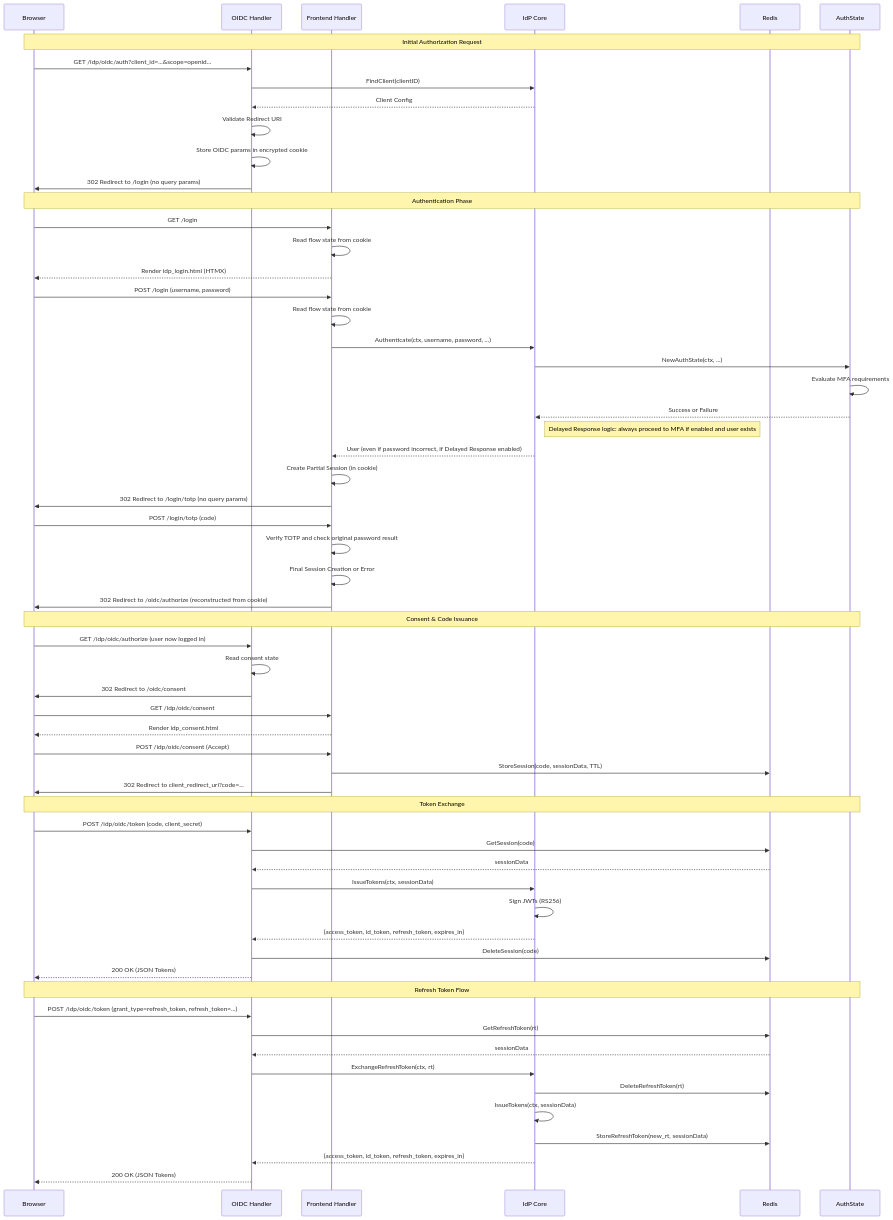
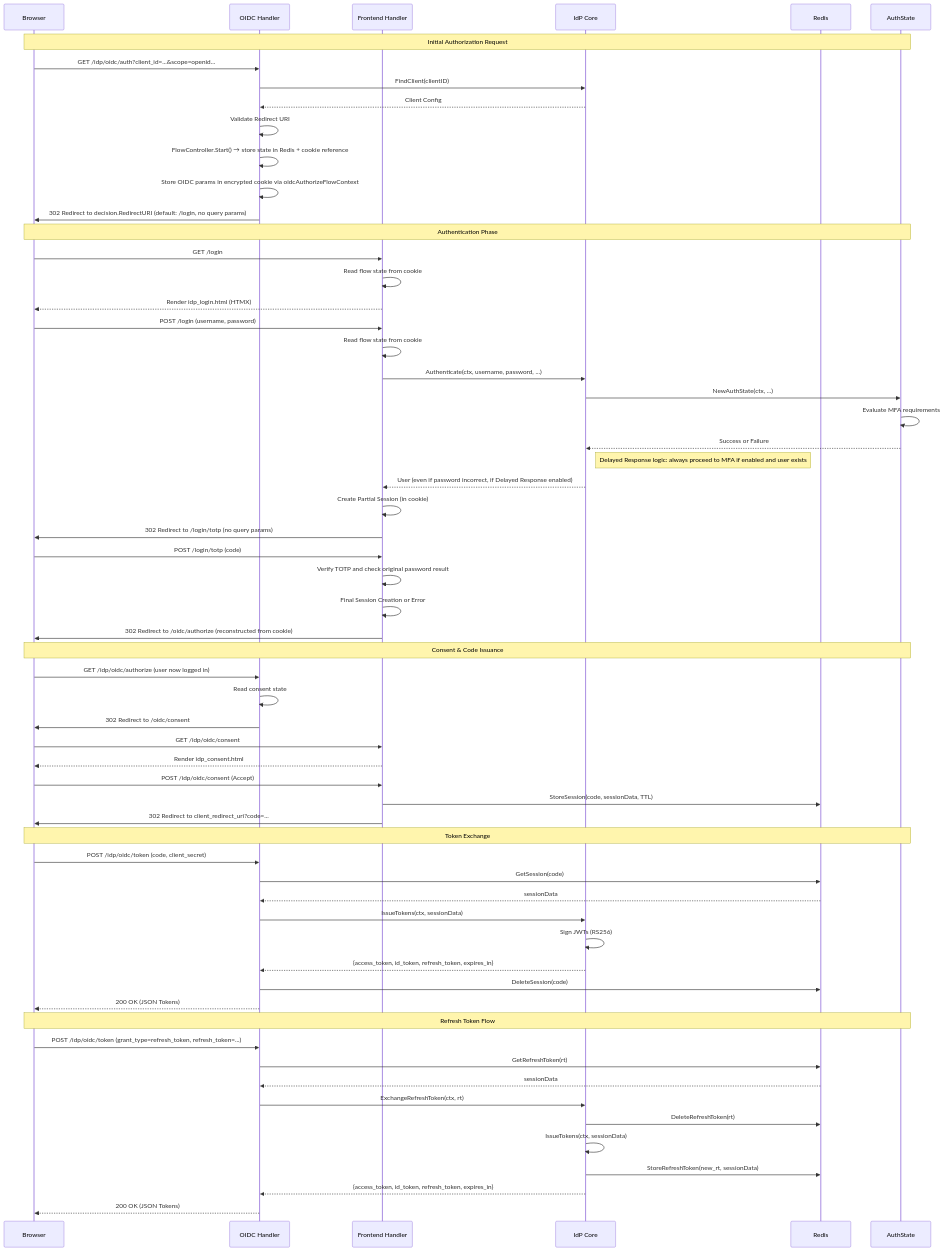
The second of 9 diagrams in server/docs/idp.md (croessner/nauthilus), drawn with Mermaid before and after one commit. The commit also changed other lines of this file and 43 other files, not shown here.

First line of the commit message:
Feat: Implement IdP flow controller with state transitions and cleanup

````diff
--- a/server/docs/idp.md
+++ b/server/docs/idp.md
@@ -70,62 +88,63 @@
 ```mermaid
 sequenceDiagram
     participant B as Browser
     participant H as OIDC Handler
     participant F as Frontend Handler
     participant I as IdP Core
     participant R as Redis
     participant A as AuthState
     Note over B, A: Initial Authorization Request
     B ->> H: GET /idp/oidc/auth?client_id=...&scope=openid...
     H ->> I: FindClient(clientID)
     I -->> H: Client Config
     H ->> H: Validate Redirect URI
-    H ->> H: Store OIDC params in encrypted cookie
-    H ->> B: 302 Redirect to /login (no query params)
+    H ->> H: FlowController.Start() → store state in Redis + cookie reference
+    H ->> H: Store OIDC params in encrypted cookie via oidcAuthorizeFlowContext
+    H ->> B: 302 Redirect to decision.RedirectURI (default: /login, no query params)
     Note over B, A: Authentication Phase
     B ->> F: GET /login
     F ->> F: Read flow state from cookie
     F -->> B: Render idp_login.html (HTMX)
     B ->> F: POST /login (username, password)
     F ->> F: Read flow state from cookie
     F ->> I: Authenticate(ctx, username, password, ...)
     I ->> A: NewAuthState(ctx, ...)
     A ->> A: Evaluate MFA requirements
     A -->> I: Success or Failure
     Note right of I: Delayed Response logic: always proceed to MFA if enabled and user exists
     I -->> F: User (even if password incorrect, if Delayed Response enabled)
     F ->> F: Create Partial Session (in cookie)
     F ->> B: 302 Redirect to /login/totp (no query params)
     B ->> F: POST /login/totp (code)
     F ->> F: Verify TOTP and check original password result
     F ->> F: Final Session Creation or Error
     F ->> B: 302 Redirect to /oidc/authorize (reconstructed from cookie)
     Note over B, A: Consent & Code Issuance
     B ->> H: GET /idp/oidc/authorize (user now logged in)
     H ->> H: Read consent state
     H ->> B: 302 Redirect to /oidc/consent
     B ->> F: GET /idp/oidc/consent
     F -->> B: Render idp_consent.html
     B ->> F: POST /idp/oidc/consent (Accept)
     F ->> R: StoreSession(code, sessionData, TTL)
     F ->> B: 302 Redirect to client_redirect_uri?code=...
     Note over B, A: Token Exchange
     B ->> H: POST /idp/oidc/token (code, client_secret)
     H ->> R: GetSession(code)
     R -->> H: sessionData
     H ->> I: IssueTokens(ctx, sessionData)
     I ->> I: Sign JWTs (RS256)
     I -->> H: {access_token, id_token, refresh_token, expires_in}
     H ->> R: DeleteSession(code)
     H -->> B: 200 OK (JSON Tokens)
     Note over B, A: Refresh Token Flow
     B ->> H: POST /idp/oidc/token (grant_type=refresh_token, refresh_token=...)
     H ->> R: GetRefreshToken(rt)
     R -->> H: sessionData
     H ->> I: ExchangeRefreshToken(ctx, rt)
     I ->> R: DeleteRefreshToken(rt)
     I ->> I: IssueTokens(ctx, sessionData)
     I ->> R: StoreRefreshToken(new_rt, sessionData)
     I -->> H: {access_token, id_token, refresh_token, expires_in}
     H -->> B: 200 OK (JSON Tokens)
 ```
````
